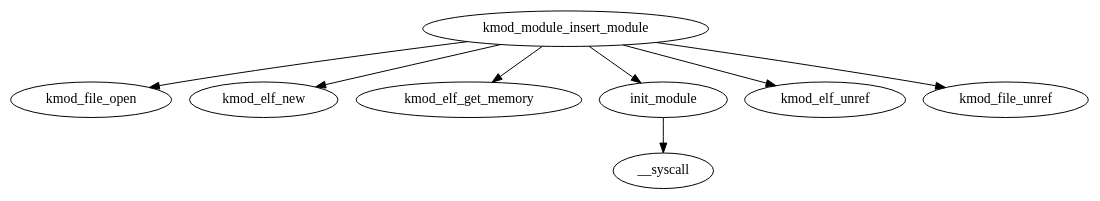
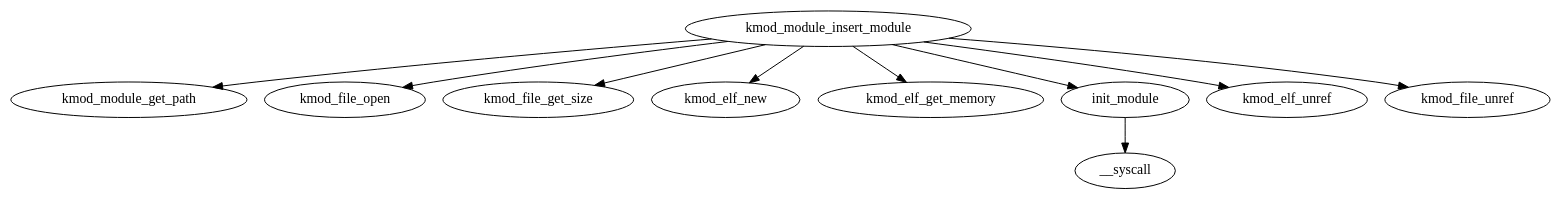
One commit to limingth/comment-subs changed the diagram in pdf/figures/kmod_module_insert_module.dot. Above: the diagram before and after it, drawn with Graphviz. The commit also changed 37 other files, not shown here.

```diff
--- a/pdf/figures/kmod_module_insert_module.dot
+++ b/pdf/figures/kmod_module_insert_module.dot
@@ -1,10 +1,13 @@
 digraph G {
+
+	kmod_module_insert_module ->  kmod_module_get_path;
 	kmod_module_insert_module ->  kmod_file_open;
+	kmod_module_insert_module ->  kmod_file_get_size;
 	kmod_module_insert_module ->  kmod_elf_new;
 	kmod_module_insert_module ->  kmod_elf_get_memory;
 	kmod_module_insert_module ->  init_module;
 	kmod_module_insert_module ->  kmod_elf_unref;
 	kmod_module_insert_module ->  kmod_file_unref;
 
 	init_module -> __syscall;
 }
```
